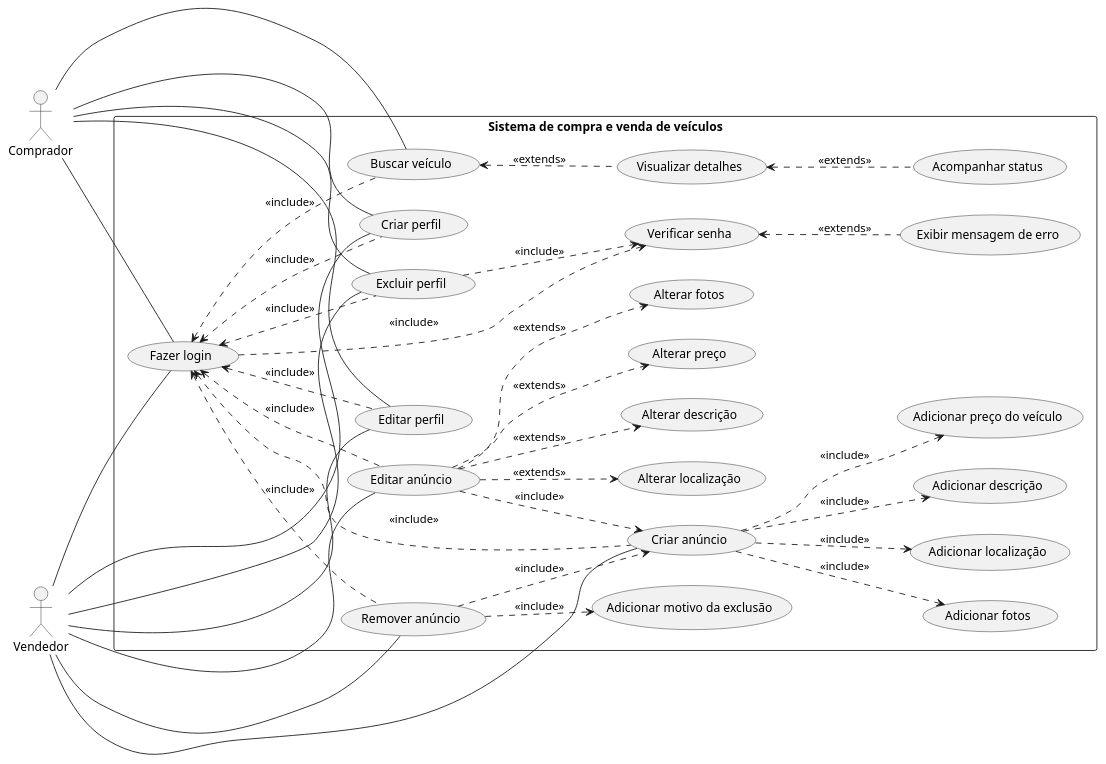
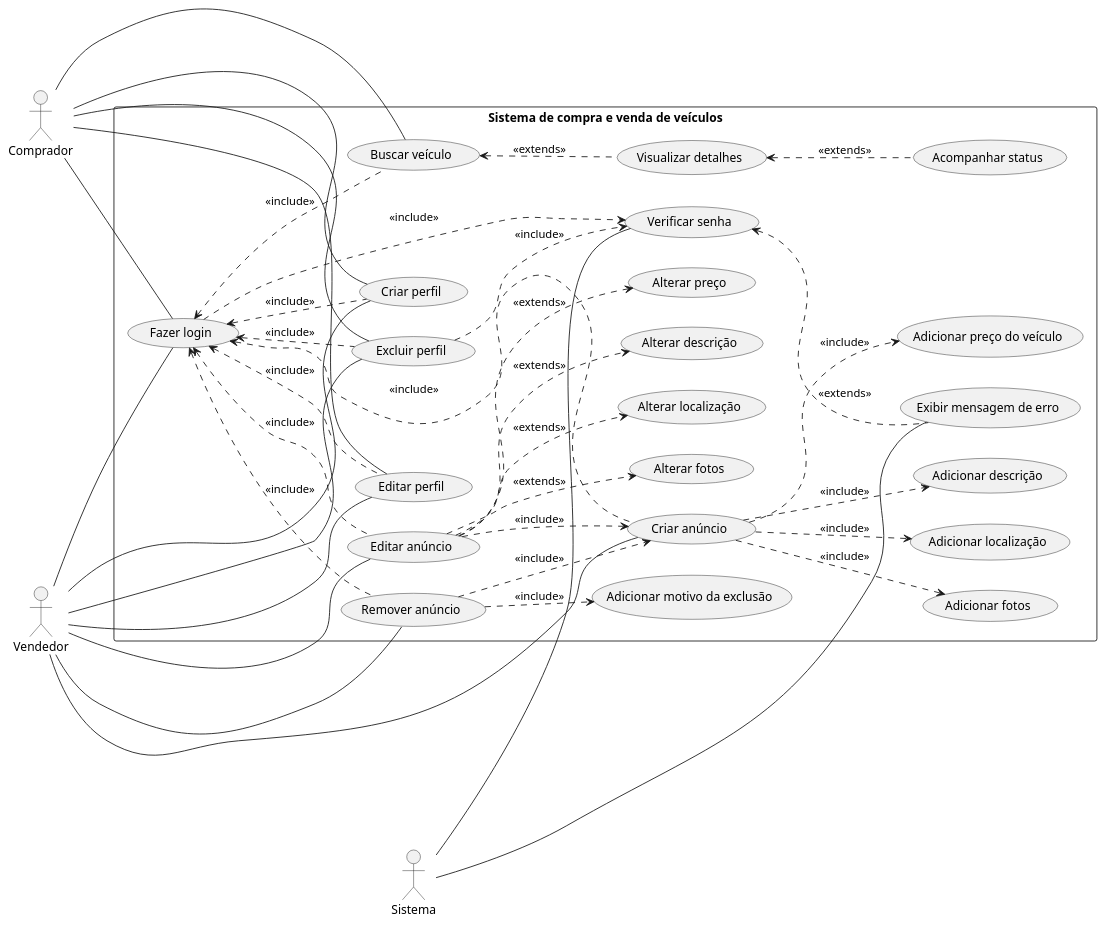
Before and after one commit to guilhermeoliveirateo/sistema-compra-venda-veiculos: the diagram in uc_fluxo_sistema.md, drawn with PlantUML.

````diff
--- a/uc_fluxo_sistema.md
+++ b/uc_fluxo_sistema.md
@@ -9,69 +9,73 @@
 ``` plantuml
 @startuml 
 
 left to right direction
 actor "Comprador" as comprador
 actor "Vendedor" as vendedor
 
 rectangle "Sistema de compra e venda de veículos"{
 usecase "Fazer login" as uc1
 usecase "Editar perfil" as uc2
 usecase "Criar anúncio" as uc3
 usecase "Editar anúncio" as uc4
 usecase "Remover anúncio" as uc5
 usecase "Buscar veículo" as uc6
 usecase "Verificar senha" as uc7
 usecase "Exibir mensagem de erro" as uc8
 usecase "Adicionar descrição" as uc9
 usecase "Adicionar preço do veículo" as uc10
 usecase "Alterar descrição" as uc11
 usecase "Alterar preço" as uc12
 usecase "Adicionar motivo da exclusão" as uc13
 usecase "Visualizar detalhes" as uc14
 usecase "Acompanhar status" as uc15
 usecase "Criar perfil" as uc16
 usecase "Adicionar fotos" as uc17
 usecase "Adicionar localização" as uc18
 usecase "Alterar fotos" as uc19
 usecase "Alterar localização" as uc20
 usecase "Excluir perfil" as uc21
 }
+
+actor "Sistema" as sistema
 
 vendedor -- uc16
 comprador -- uc16
 vendedor -- uc1
 comprador -- uc1
 uc1 ..> uc7 :<<include>>
 uc7 <.. uc8 :<<extends>>
 uc1 <.. uc2 :<<include>>
 uc1 <.. uc3 :<<include>>
 uc1 <.. uc4 :<<include>>
 uc1 <.. uc5 :<<include>>
 uc1 <.. uc6 :<<include>>
 uc1 <.. uc16 :<<include>>
 uc1 <.. uc21 :<<include>>
 vendedor -- uc2
 comprador -- uc2
 vendedor -- uc21
 comprador -- uc21
 uc21 ..> uc7 :<<include>>
 vendedor -- uc3
 uc3 ..> uc9 :<<include>>
 uc3 ..> uc10 :<<include>>
 uc3 ..> uc17 :<<include>>
 uc3 ..> uc18 :<<include>>
 vendedor -- uc4
 uc4 ..> uc11 :<<extends>>
 uc4 ..> uc12 :<<extends>>
 uc4 ..> uc19 :<<extends>>
 uc4 ..> uc20 :<<extends>>
 vendedor -- uc5
 uc5 ..> uc13 :<<include>>
 comprador -- uc6
 uc6 <.. uc14 :<<extends>>
 uc14 <.. uc15 :<<extends>>
 uc4 ..> uc3 :<<include>>
 uc5 ..> uc3 :<<include>>
+sistema -- uc7
+sistema -- uc8
  
 @enduml
 ```
````
